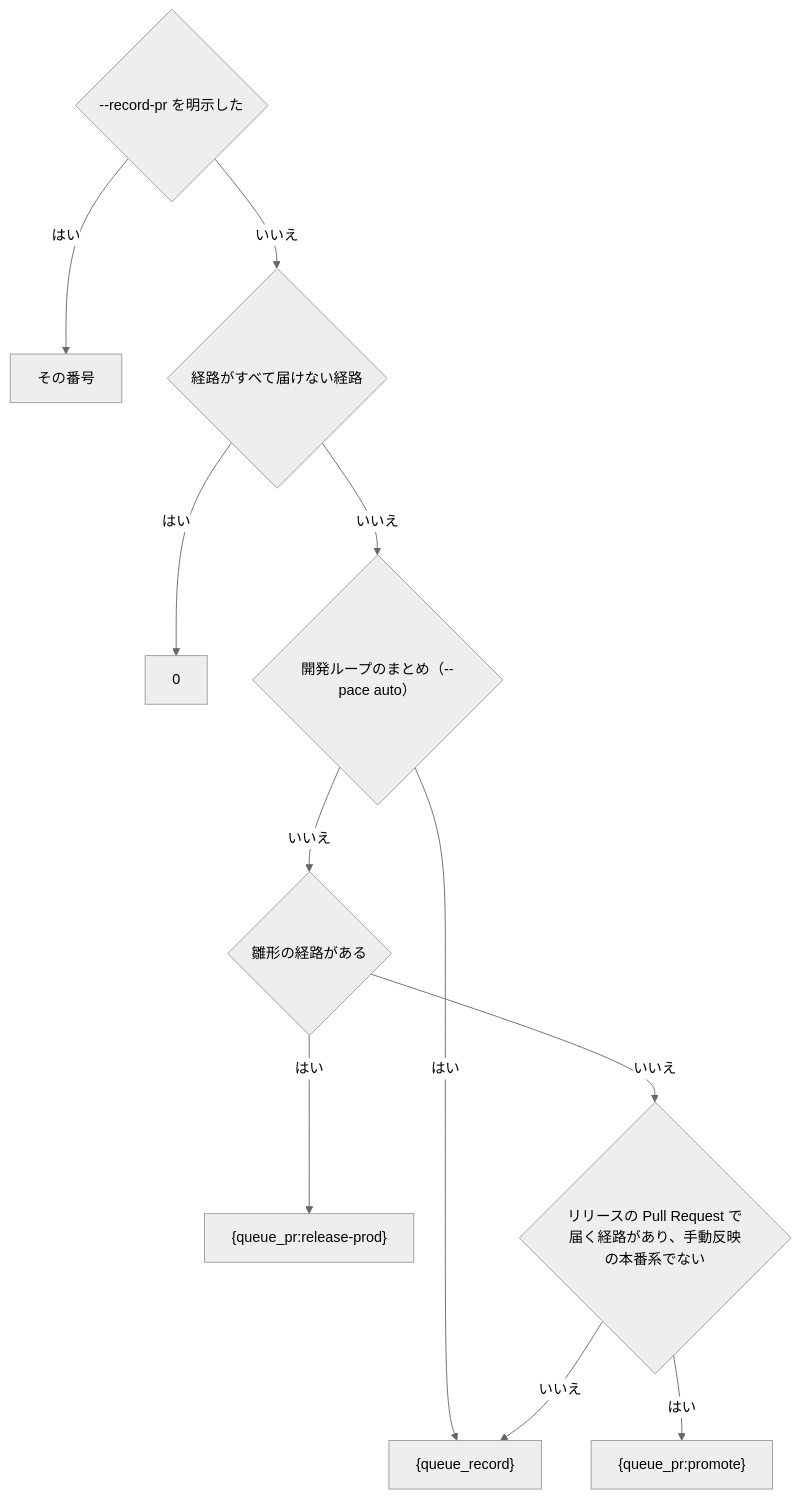
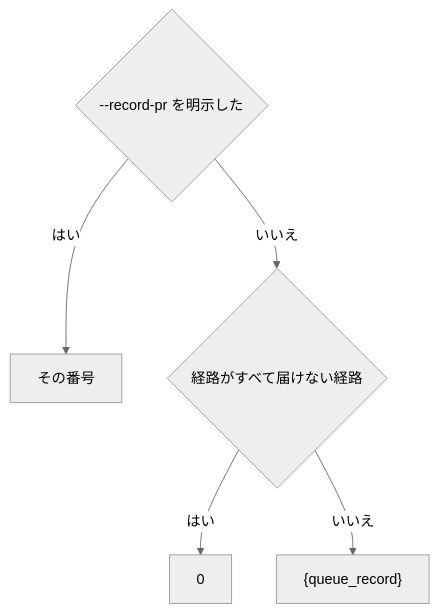
The second of 3 diagrams in docs/specifications/ndf-sprint-close-record-pr-at-run-time.md (devbasex/ai-plugins), drawn with Mermaid (neutral theme) before and after one commit. The commit also changed other lines of this file and 6 other files, not shown here.

````diff
--- a/docs/specifications/ndf-sprint-close-record-pr-at-run-time.md
+++ b/docs/specifications/ndf-sprint-close-record-pr-at-run-time.md
@@ -118,13 +116,7 @@
 ```mermaid
 graph TD
   a{"--record-pr を明示した"} -->|はい| n["その番号"]
   a -->|いいえ| b{"経路がすべて届けない経路"}
   b -->|はい| z["0"]
-  b -->|いいえ| c{"開発ループのまとめ（--pace auto）"}
-  c -->|はい| q["{queue_record}"]
-  c -->|いいえ| d{"雛形の経路がある"}
-  d -->|はい| t["{queue_pr:release-prod}"]
-  d -->|いいえ| e{"リリースの Pull Request で届く経路があり、手動反映の本番系でない"}
-  e -->|はい| p["{queue_pr:promote}"]
-  e -->|いいえ| q
+  b -->|いいえ| q["{queue_record}"]
 ```
````
